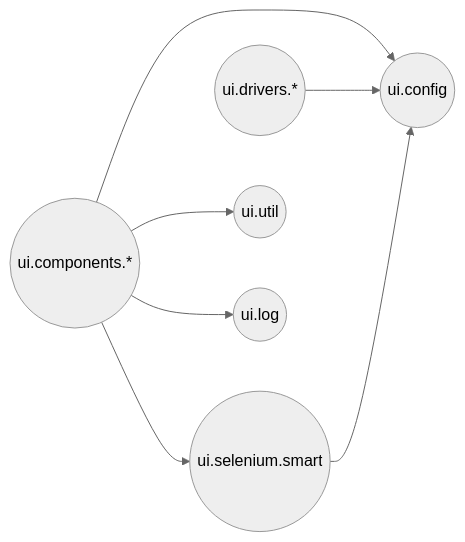
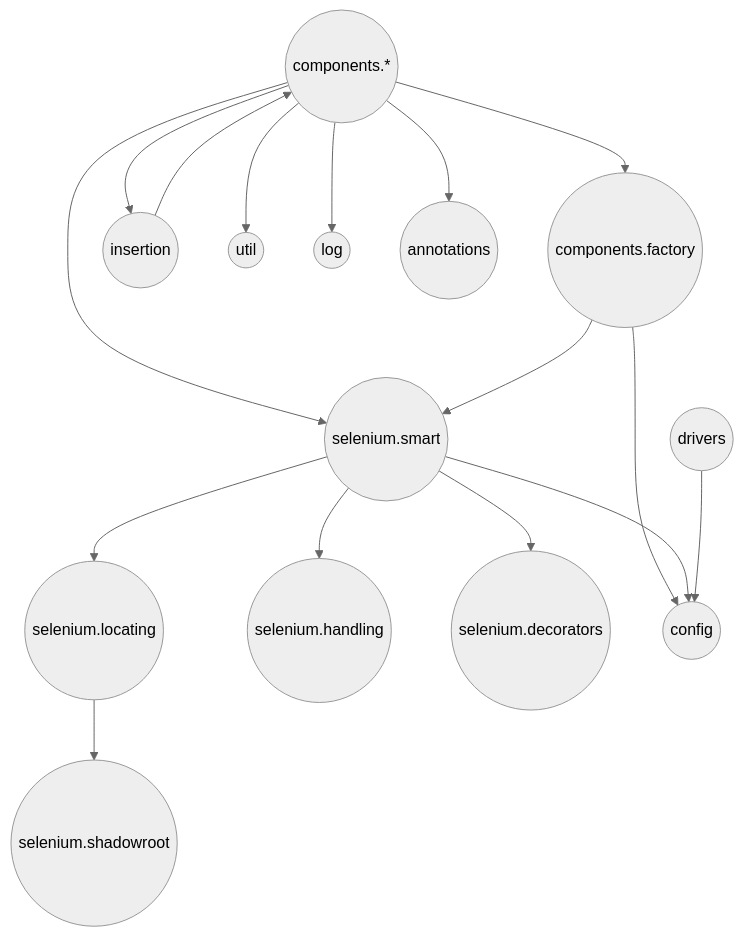
The second of 3 diagrams in ui-interactor/README.md (CyborgCodeSyndicate/roa-libraries), drawn with Mermaid (neutral theme) before and after one commit. The commit also changed other lines of this file, not shown here.

````diff
--- a/ui-interactor/README.md
+++ b/ui-interactor/README.md
@@ -182,16 +263,32 @@
 ```mermaid
-flowchart LR
-  smart((ui.selenium.smart))
-  components((ui.components.*))
-  config((ui.config))
-  drivers((ui.drivers.*))
-  util((ui.util))
-  log((ui.log))
-
-  components --> smart
-  components --> config
-  drivers --> config
-  smart --> config
-  components --> util
-  components --> log
+flowchart TB
+    smart((selenium.smart))
+    locating((selenium.locating))
+    handling((selenium.handling))
+    decorators((selenium.decorators))
+    shadowroot((selenium.shadowroot))
+    components((components.*))
+    factory((components.factory))
+    config((config))
+    drivers((drivers))
+    insertion((insertion))
+    util((util))
+    log((log))
+    annotations((annotations))
+    
+    components --> smart
+    components --> factory
+    factory --> smart
+    factory --> config
+    smart --> locating
+    smart --> handling
+    smart --> decorators
+    smart --> config
+    locating --> shadowroot
+    drivers --> config
+    components --> util
+    components --> log
+    components --> insertion
+    components --> annotations
+    insertion --> components
 ```
````
